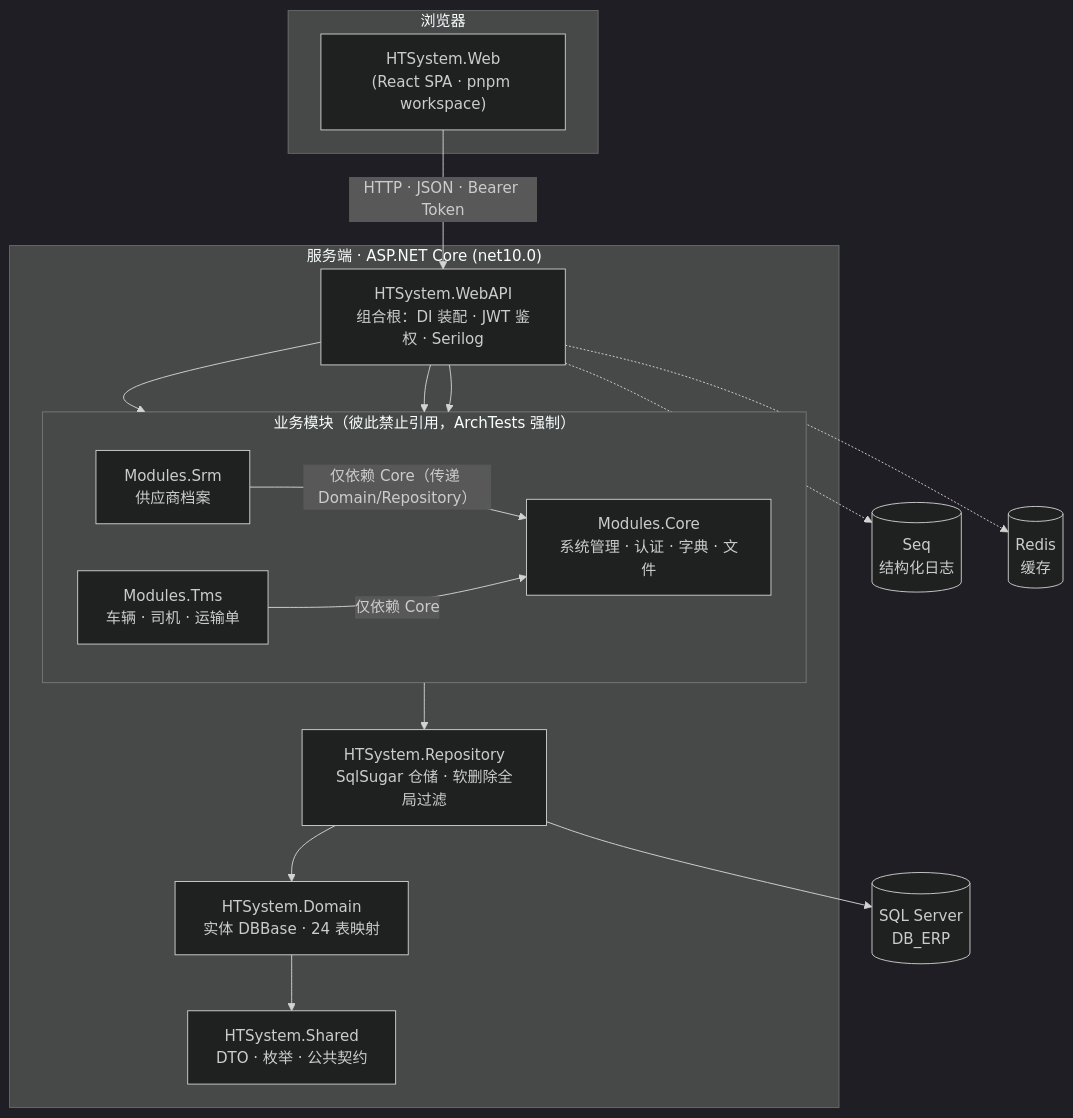
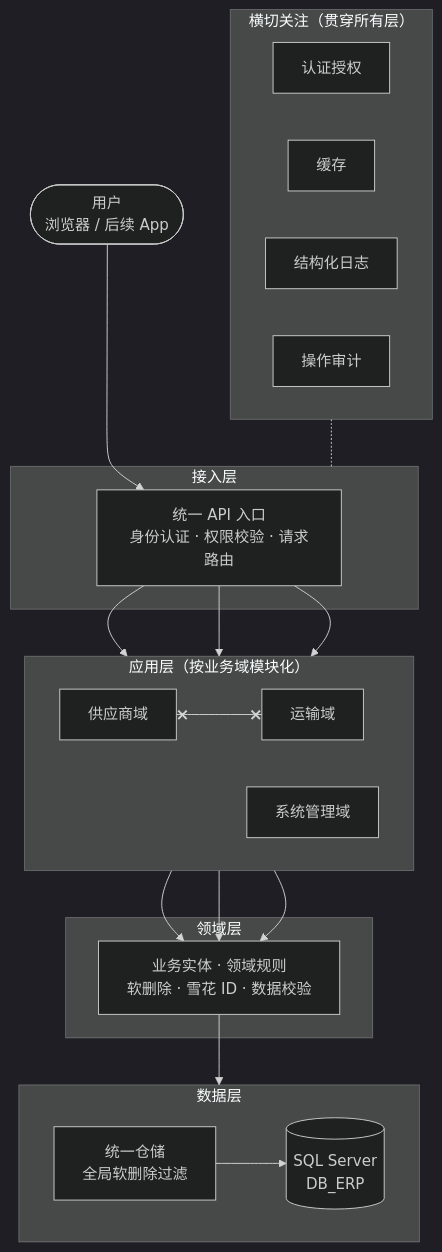
The second of 4 diagrams in docs/architecture/overall.md (fuhuitao/htsystemdocs), drawn with Mermaid (dark theme) before and after one commit. The commit also changed other lines of this file and 1 other file, not shown here.

First line of the commit message:
docs(architecture): 总体架构升级为多视角图集

````diff
--- a/docs/architecture/overall.md
+++ b/docs/architecture/overall.md
@@ -7,38 +59,42 @@
 ```mermaid
 flowchart TB
-    subgraph client["浏览器"]
-        WEB["HTSystem.Web<br/>(React SPA · pnpm workspace)"]
+    USER(["用户<br/>浏览器 / 后续 App"])
+
+    subgraph ACCESS["接入层"]
+        GW["统一 API 入口<br/>身份认证 · 权限校验 · 请求路由"]
     end
 
-    subgraph server["服务端 · ASP.NET Core (net10.0)"]
-        API["HTSystem.WebAPI<br/>组合根：DI 装配 · JWT 鉴权 · Serilog"]
-
-        subgraph modules["业务模块（彼此禁止引用，ArchTests 强制）"]
-            direction LR
-            MCore["Modules.Core<br/>系统管理 · 认证 · 字典 · 文件"]
-            MSRM["Modules.Srm<br/>供应商档案"]
-            MTMS["Modules.Tms<br/>车辆 · 司机 · 运输单"]
-        end
-
-        REPO["HTSystem.Repository<br/>SqlSugar 仓储 · 软删除全局过滤"]
-        DOMAIN["HTSystem.Domain<br/>实体 DBBase · 24 表映射"]
-        SHARED["HTSystem.Shared<br/>DTO · 枚举 · 公共契约"]
+    subgraph APP["应用层（按业务域模块化）"]
+        direction LR
+        MSRM["供应商域"]
+        MTMS["运输域"]
+        MSYS["系统管理域"]
+        MSRM x--x MTMS
     end
 
-    DB[("SQL Server<br/>DB_ERP")]
-    SEQ[("Seq<br/>结构化日志")]
-    REDIS[("Redis<br/>缓存")]
+    subgraph DOMAIN["领域层"]
+        ENT["业务实体 · 领域规则<br/>软删除 · 雪花 ID · 数据校验"]
+    end
 
-    WEB -- "HTTP · JSON · Bearer Token" --> API
-    API --> MCore
-    API --> MSRM
-    API --> MTMS
-    MSRM -- "仅依赖 Core（传递 Domain/Repository）" --> MCore
-    MTMS -- "仅依赖 Core" --> MCore
-    MCore --> REPO
-    REPO --> DOMAIN
-    DOMAIN --> SHARED
-    REPO --> DB
-    API -.-> SEQ
-    API -.-> REDIS
+    subgraph DATA["数据层"]
+        direction LR
+        REPO["统一仓储<br/>全局软删除过滤"]
+        STORE[("SQL Server<br/>DB_ERP")]
+    end
+
+    subgraph CROSS["横切关注（贯穿所有层）"]
+        direction LR
+        AUTH["认证授权"]
+        CACHE["缓存"]
+        LOG["结构化日志"]
+        AUDIT["操作审计"]
+    end
+
+    USER --> GW
+    GW --> MSRM
+    GW --> MTMS
+    GW --> MSYS
+    MSRM & MTMS & MSYS --> ENT
+    ENT --> REPO --> STORE
+    CROSS -.- ACCESS
 ```
````
